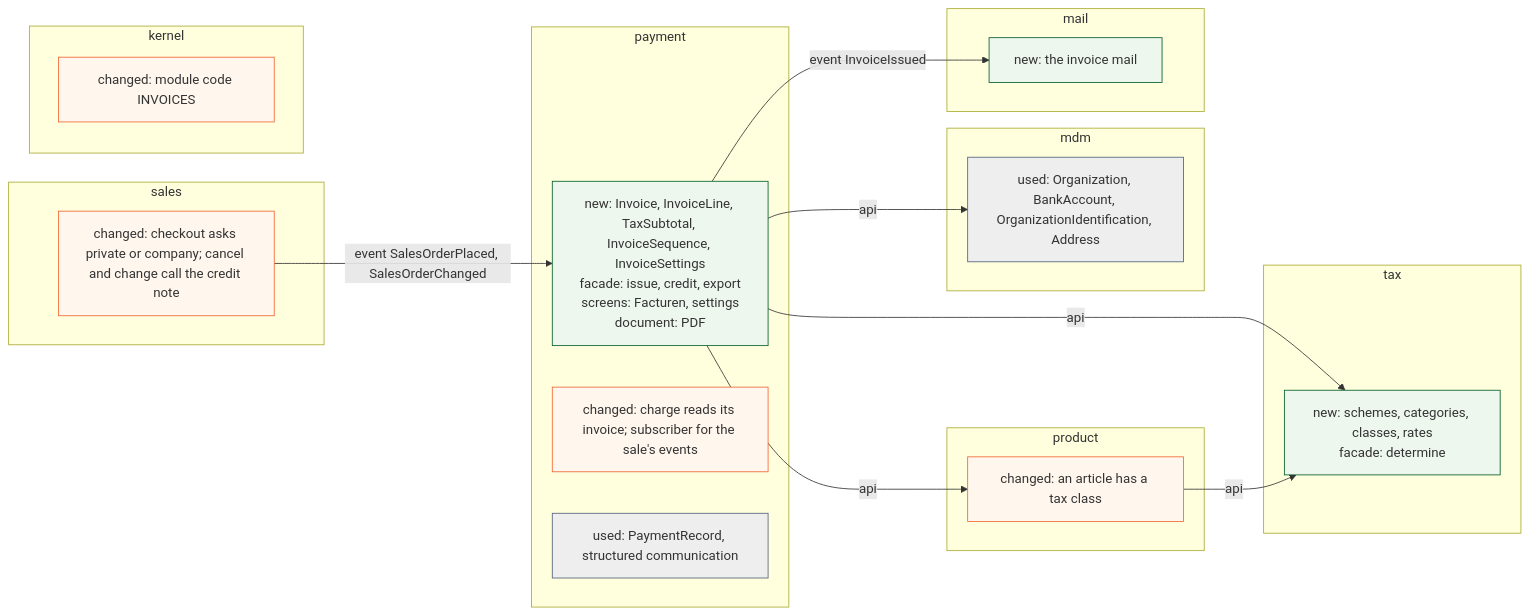
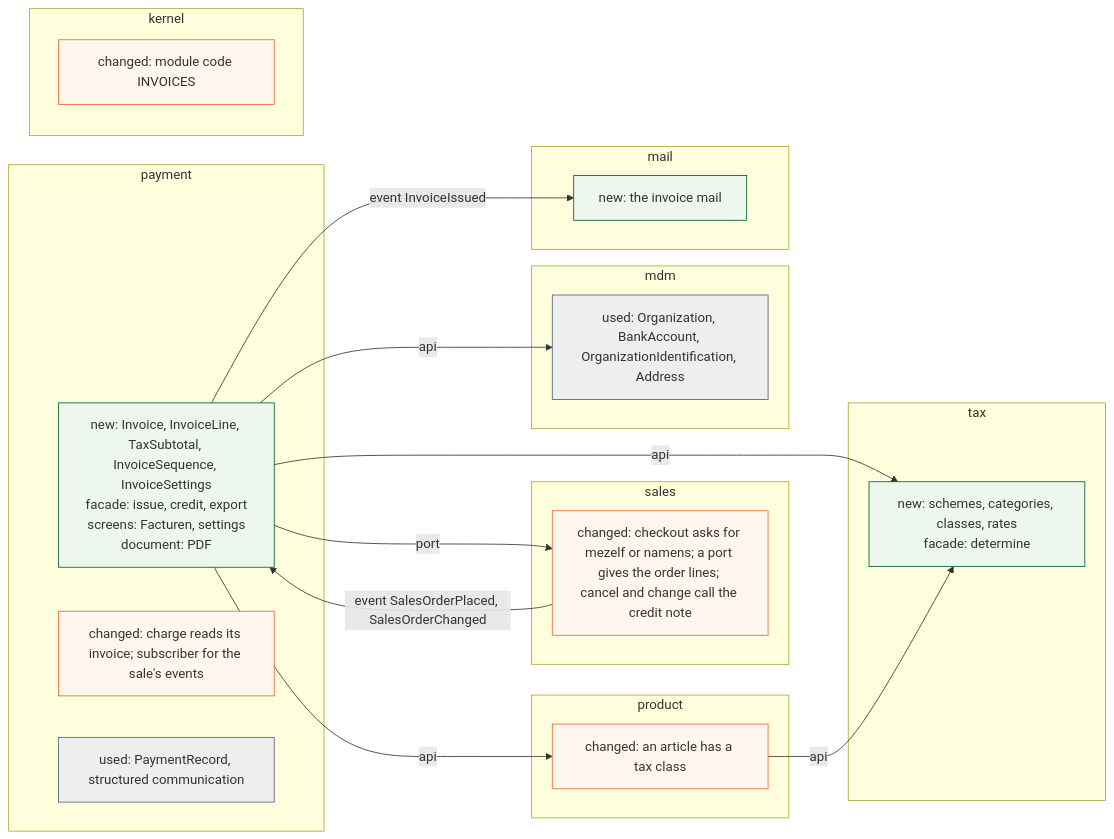
One commit to KoenRenders/KoenTest changed the fourth of 5 diagrams in docs/change_request_34_invoices.md. Above: the diagram before and after it, drawn with Mermaid. The commit also changed other lines of this file, not shown here.

First line of the commit message:
docs(cr-34): the build read of Dev2 taken in — port, failing invoice, stored PDF, Peppol rounding, handler order, tests

````diff
--- a/docs/change_request_34_invoices.md
+++ b/docs/change_request_34_invoices.md
@@ -277,35 +277,36 @@
 ```mermaid
 flowchart LR
   subgraph PAY["payment"]
     pn["new: Invoice, InvoiceLine, TaxSubtotal, InvoiceSequence, InvoiceSettings<br/>facade: issue, credit, export<br/>screens: Facturen, settings<br/>document: PDF"]:::new
     pc["changed: charge reads its invoice; subscriber for the sale's events"]:::chg
     pu["used: PaymentRecord, structured communication"]:::use
   end
   subgraph SAL["sales"]
-    sc["changed: checkout asks private or company; cancel and change call the credit note"]:::chg
+    sc["changed: checkout asks for mezelf or namens; a port gives the order lines; cancel and change call the credit note"]:::chg
   end
   subgraph PRO["product"]
     prc["changed: an article has a tax class"]:::chg
   end
   subgraph TAX["tax"]
     tx["new: schemes, categories, classes, rates<br/>facade: determine"]:::new
   end
   subgraph MDM["mdm"]
     mu["used: Organization, BankAccount, OrganizationIdentification, Address"]:::use
   end
   subgraph MAIL["mail"]
     mc["new: the invoice mail"]:::new
   end
   subgraph KER["kernel"]
     kc["changed: module code INVOICES"]:::chg
   end
   sc -->|event SalesOrderPlaced, SalesOrderChanged| pn
   pn -->|api| mu
+  pn -->|port| sc
   pn -->|api| prc
   pn -->|api| tx
   prc -->|api| tx
   pn -->|event InvoiceIssued| mc
   classDef new fill:#eef7ee,stroke:#005d29
   classDef chg fill:#fff7ed,stroke:#f16532
   classDef use fill:#eeeeee,stroke:#52607a
 ```
````
